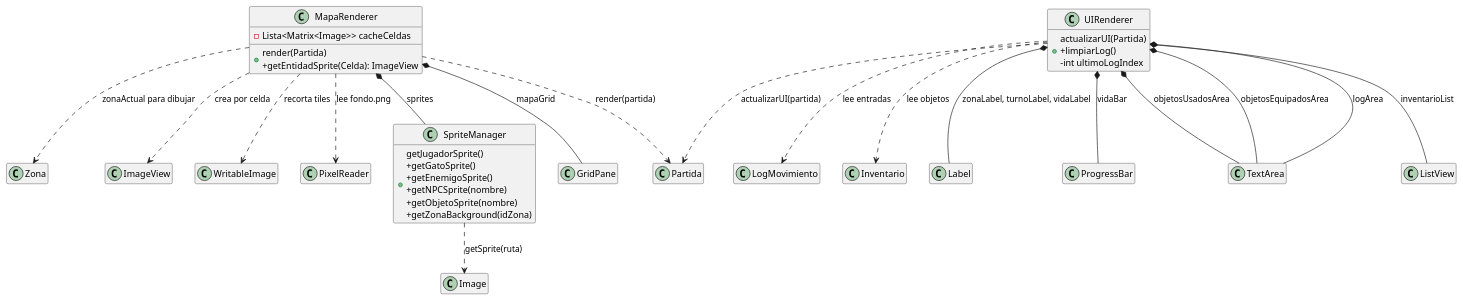
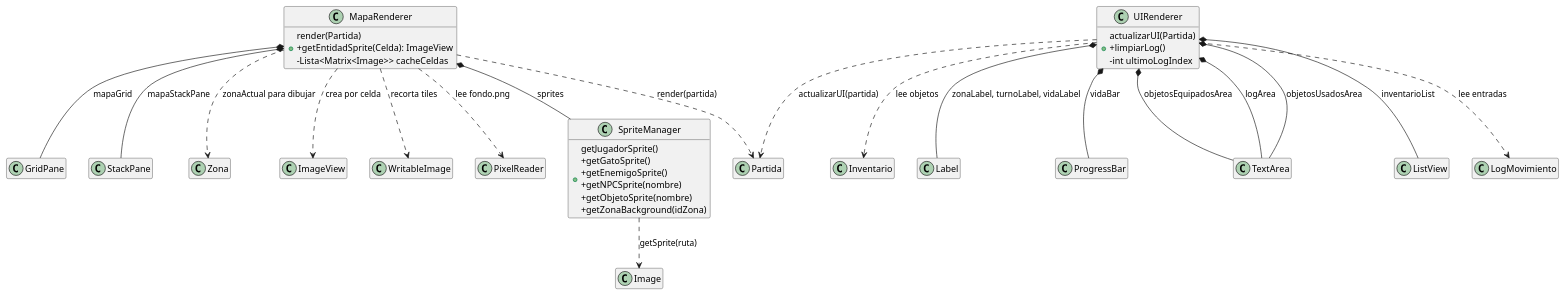
One commit to isagonz3/JuegoPracticaFinal changed the diagram in UMLs/clases_vista.puml. Above: the diagram before and after it, drawn with PlantUML. The commit also changed 35 other files, not shown here.

```diff
--- a/UMLs/clases_vista.puml
+++ b/UMLs/clases_vista.puml
@@ -1,33 +1,32 @@
 @startuml
 'https://plantuml.com/class-diagram
 hide empty members
-
 
 class MapaRenderer
 class UIRenderer
 class SpriteManager
 
 MapaRenderer *-- GridPane : mapaGrid
+MapaRenderer *-- StackPane : mapaStackPane
 MapaRenderer *-- SpriteManager : sprites
 MapaRenderer ..> Partida : render(partida)
 MapaRenderer ..> Zona : zonaActual para dibujar
 MapaRenderer ..> ImageView : crea por celda
 MapaRenderer ..> WritableImage : recorta tiles
 MapaRenderer ..> PixelReader : lee fondo.png
-MapaRenderer : +render(Partida)\n+getEntidadSprite(Celda): ImageView
-MapaRenderer : -Lista<Matrix<Image>> cacheCeldas
+MapaRenderer : +render(Partida)\n+getEntidadSprite(Celda): ImageView\n-Lista<Matrix<Image>> cacheCeldas
 
 UIRenderer *-- Label : zonaLabel, turnoLabel, vidaLabel
 UIRenderer *-- ProgressBar : vidaBar
 UIRenderer *-- TextArea : logArea
 UIRenderer *-- ListView : inventarioList
 UIRenderer *-- TextArea : objetosUsadosArea
 UIRenderer *-- TextArea : objetosEquipadosArea
 UIRenderer ..> Partida : actualizarUI(partida)
 UIRenderer ..> LogMovimiento : lee entradas
 UIRenderer ..> Inventario : lee objetos
 UIRenderer : +actualizarUI(Partida)\n+limpiarLog()\n-int ultimoLogIndex
 
 SpriteManager ..> Image : getSprite(ruta)
 SpriteManager : +getJugadorSprite()\n+getGatoSprite()\n+getEnemigoSprite()\n+getNPCSprite(nombre)\n+getObjetoSprite(nombre)\n+getZonaBackground(idZona)
 @enduml
```
